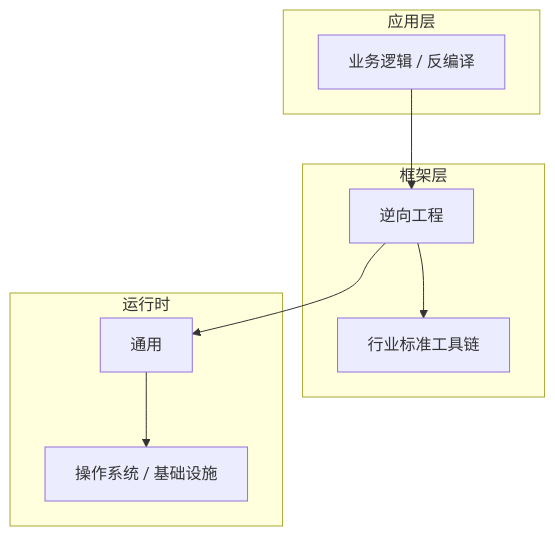
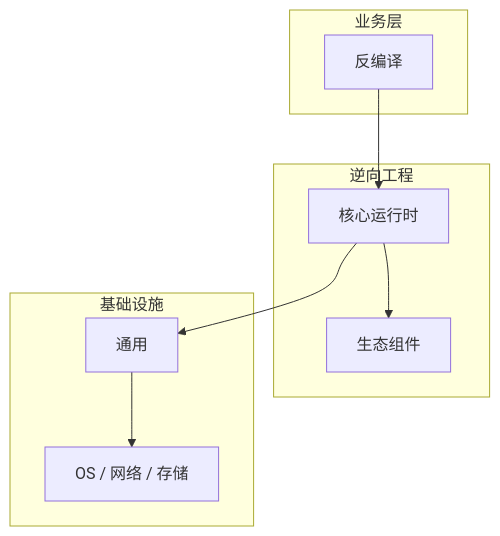
Before and after one commit to yanggan2015/knowledge-json-v2: the diagram in articles/逆向工程/chapters/036-反编译核心概念与原理.md, drawn with Mermaid. The commit also changed other lines of this file and 10127 other files, not shown here.

````diff
--- a/articles/逆向工程/chapters/036-反编译核心概念与原理.md
+++ b/articles/逆向工程/chapters/036-反编译核心概念与原理.md
@@ -46,18 +31,18 @@
 ```mermaid
 graph TB
-    subgraph 应用层
-        A[业务逻辑 / 反编译]
+    subgraph 业务层
+        A[反编译]
     end
-    subgraph 框架层
-        B[逆向工程]
-        C[行业标准工具链]
+    subgraph 逆向工程
+        B[核心运行时]
+        C[生态组件]
     end
-    subgraph 运行时
+    subgraph 基础设施
         D[通用]
-        E[操作系统 / 基础设施]
+        E[OS / 网络 / 存储]
     end
     A --> B
     B --> C
     B --> D
     D --> E
 ```
````
